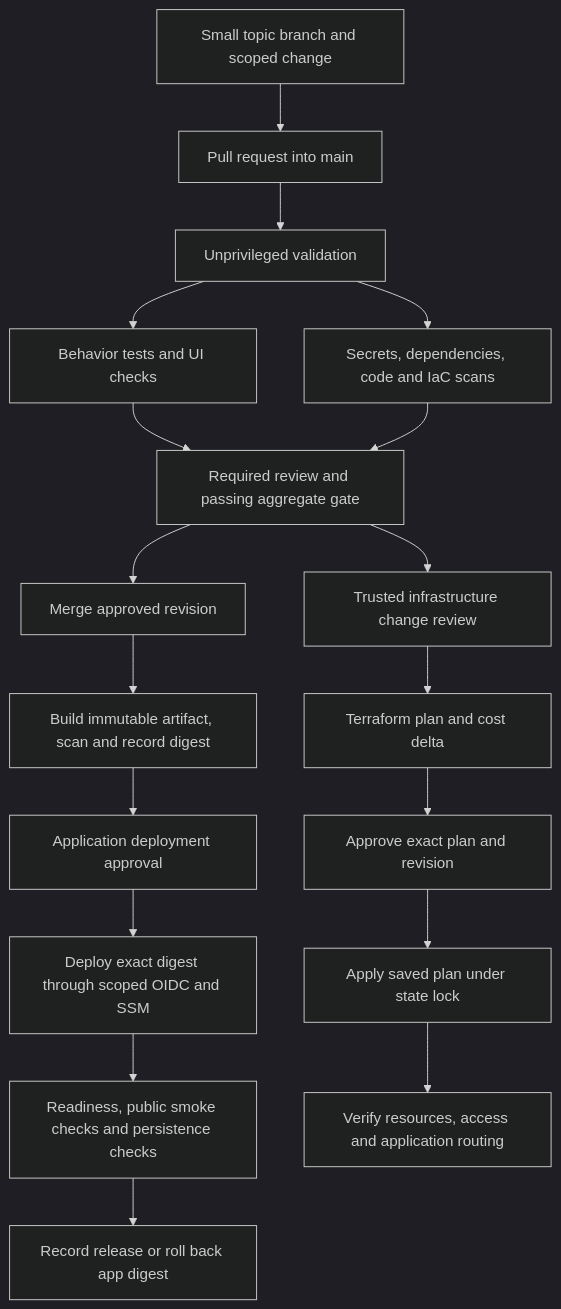
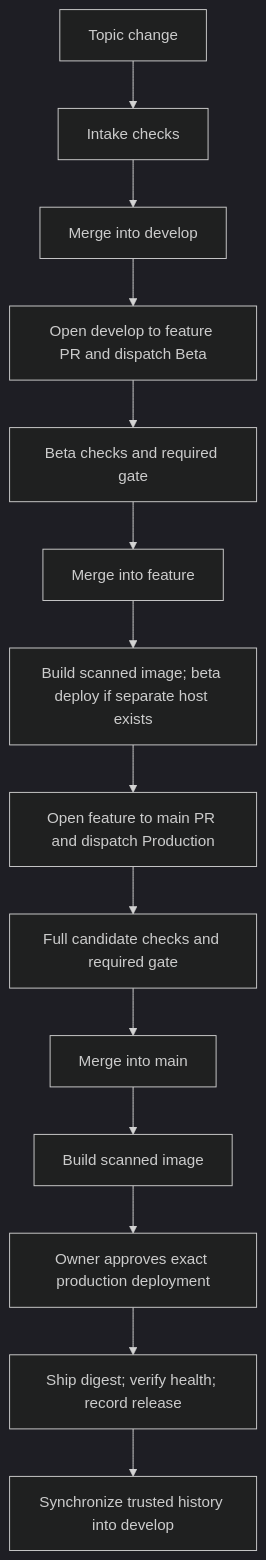
The diagram in docs/DELIVERY-GUARDRAILS.md (Andylol111/client-affairs-tools), drawn with Mermaid (dark theme) before and after one commit. The commit also changed other lines of this file and 25 other files, not shown here.

````diff
--- a/docs/DELIVERY-GUARDRAILS.md
+++ b/docs/DELIVERY-GUARDRAILS.md
@@ -31,20 +15,16 @@
 ```mermaid
 flowchart TD
-  A[Small topic branch and scoped change] --> B[Pull request into main]
-  B --> C[Unprivileged validation]
-  C --> D[Behavior tests and UI checks]
-  C --> E[Secrets, dependencies, code and IaC scans]
-  D --> F[Required review and passing aggregate gate]
-  E --> F
-  F --> G[Merge approved revision]
-  G --> H[Build immutable artifact, scan and record digest]
-  H --> I[Application deployment approval]
-  I --> J[Deploy exact digest through scoped OIDC and SSM]
-  J --> K[Readiness, public smoke checks and persistence checks]
-  K --> L[Record release or roll back app digest]
-  F --> M[Trusted infrastructure change review]
-  M --> N[Terraform plan and cost delta]
-  N --> O[Approve exact plan and revision]
-  O --> P[Apply saved plan under state lock]
-  P --> Q[Verify resources, access and application routing]
+  A[Topic change] --> B[Intake checks]
+  B --> C[Merge into develop]
+  C --> D[Open develop to feature PR and dispatch Beta]
+  D --> E[Beta checks and required gate]
+  E --> F[Merge into feature]
+  F --> G[Build scanned image; beta deploy if separate host exists]
+  G --> H[Open feature to main PR and dispatch Production]
+  H --> I[Full candidate checks and required gate]
+  I --> J[Merge into main]
+  J --> K[Build scanned image]
+  K --> L[Owner approves exact production deployment]
+  L --> M[Ship digest; verify health; record release]
+  M --> N[Synchronize trusted history into develop]
 ```
````
